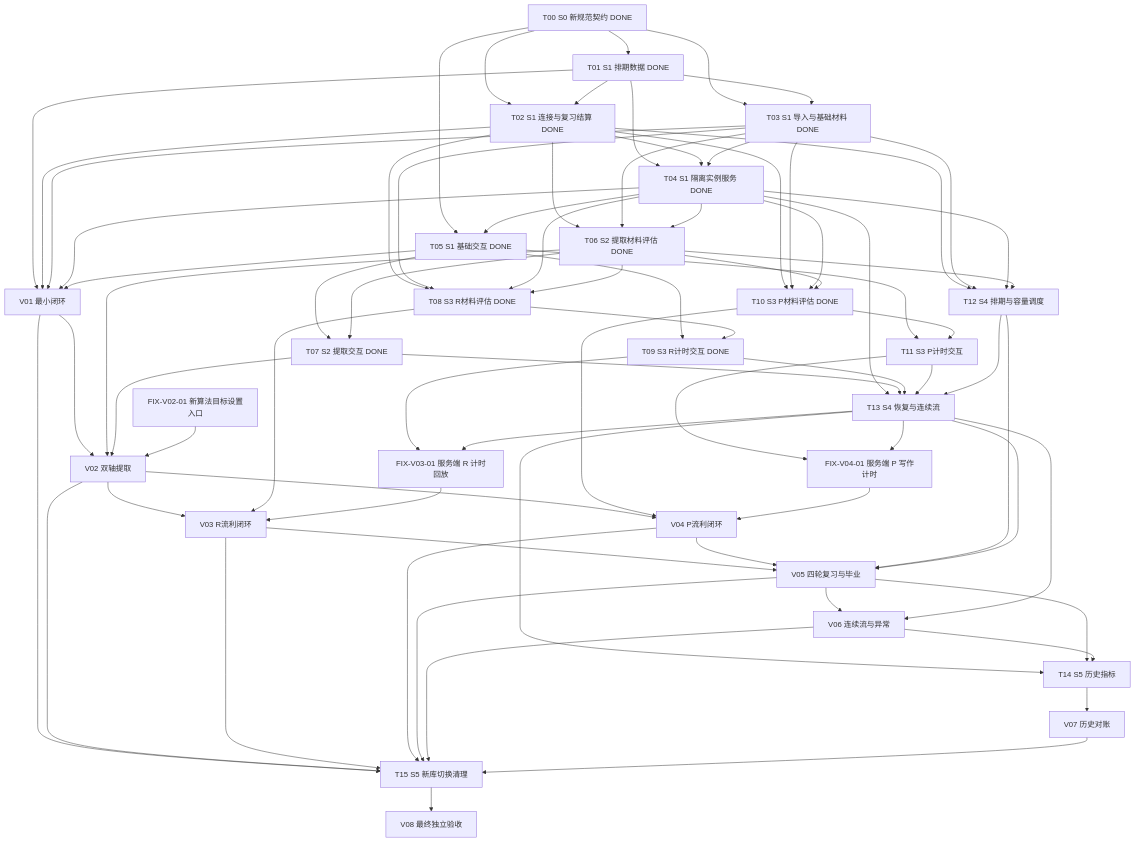
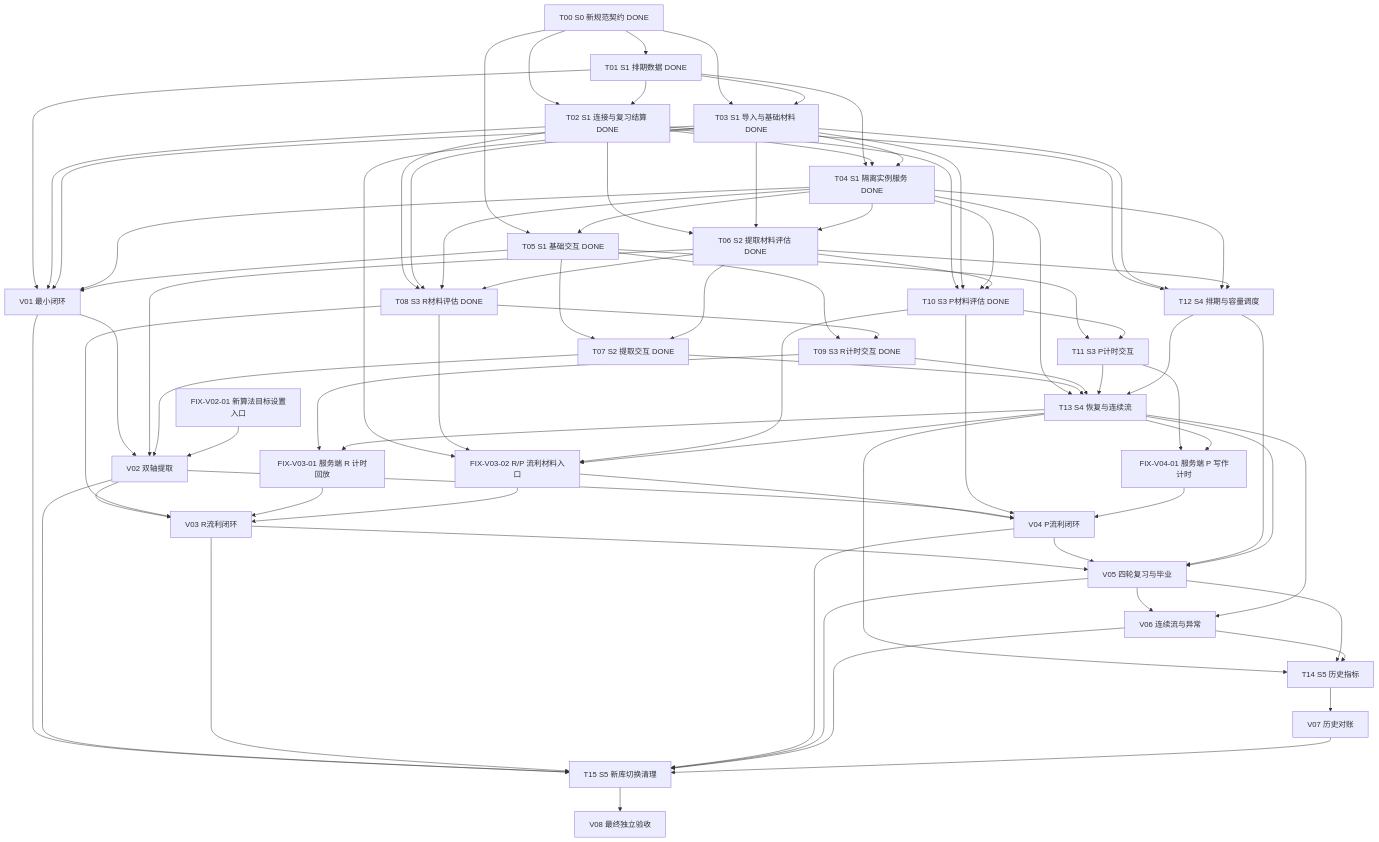
One commit to logact/flow changed the diagram in docs/task-implementation-new-algorithm.md. Above: the diagram before and after it, drawn with Mermaid. The commit also changed other lines of this file and 1 other file, not shown here.

```diff
--- a/docs/task-implementation-new-algorithm.md
+++ b/docs/task-implementation-new-algorithm.md
@@ -387,6 +396,7 @@
   T11["T11 S3 P计时交互"]
   FIXV0301["FIX-V03-01 服务端 R 计时回放"]
   FIXV0401["FIX-V04-01 服务端 P 写作计时"]
+  FIXV0302["FIX-V03-02 R/P 流利材料入口"]
   V03["V03 R流利闭环"]
   V04["V04 P流利闭环"]
   T12["T12 S4 排期与容量调度"]
@@ -438,6 +448,12 @@
   T09 --> FIXV0301
   T13 --> FIXV0301
   FIXV0301 --> V03
+  T03 --> FIXV0302
+  T08 --> FIXV0302
+  T10 --> FIXV0302
+  T13 --> FIXV0302
+  FIXV0302 --> V03
+  FIXV0302 --> V04
   V02 --> V04
   T10 --> V04
   T11 --> FIXV0401
```
